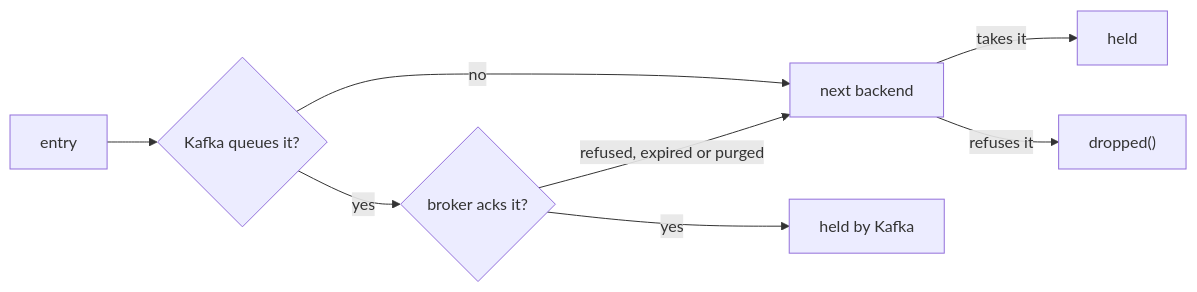
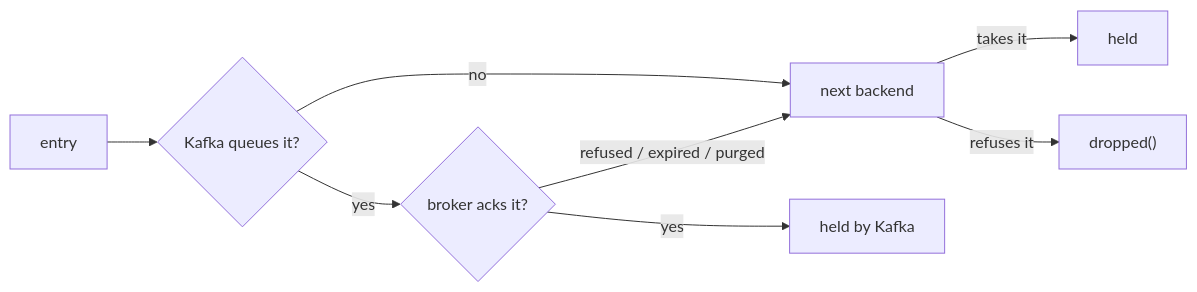
The diagram in docs/pipeline/dlq.md (hyperi-io/scalo-rs), drawn with Mermaid before and after one commit. The commit also changed other lines of this file and 56 other files, not shown here.

````diff
--- a/docs/pipeline/dlq.md
+++ b/docs/pipeline/dlq.md
@@ -63,10 +63,10 @@
 ```mermaid
 flowchart LR
     E[entry] --> K{Kafka queues it?}
     K -- no --> F[next backend]
     K -- yes --> A{broker acks it?}
     A -- yes --> D[held by Kafka]
-    A -- "refused, expired or purged" --> F
+    A -->|refused / expired / purged| F
     F -- takes it --> H[held]
     F -- refuses it --> L["dropped()"]
 ```
````
